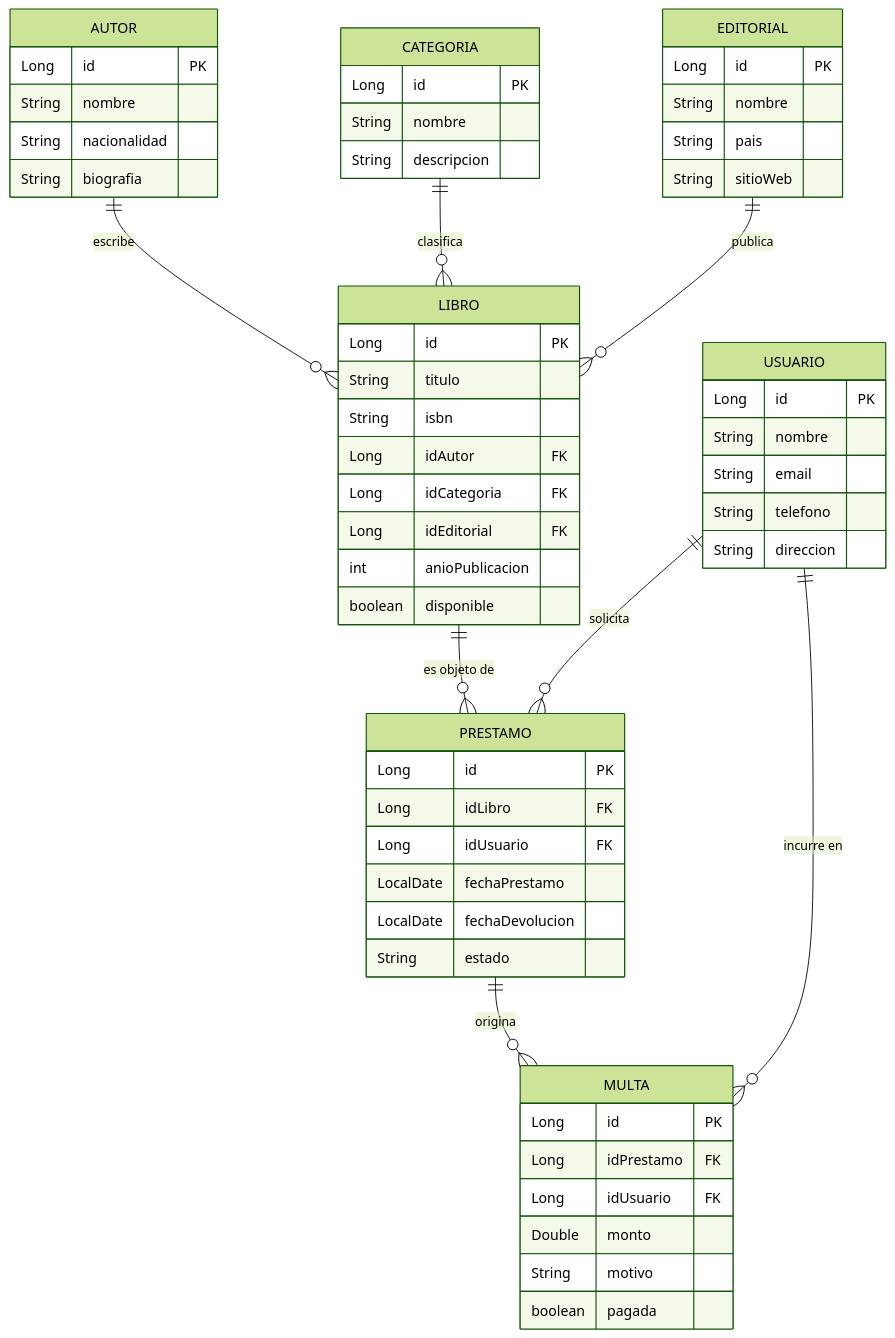
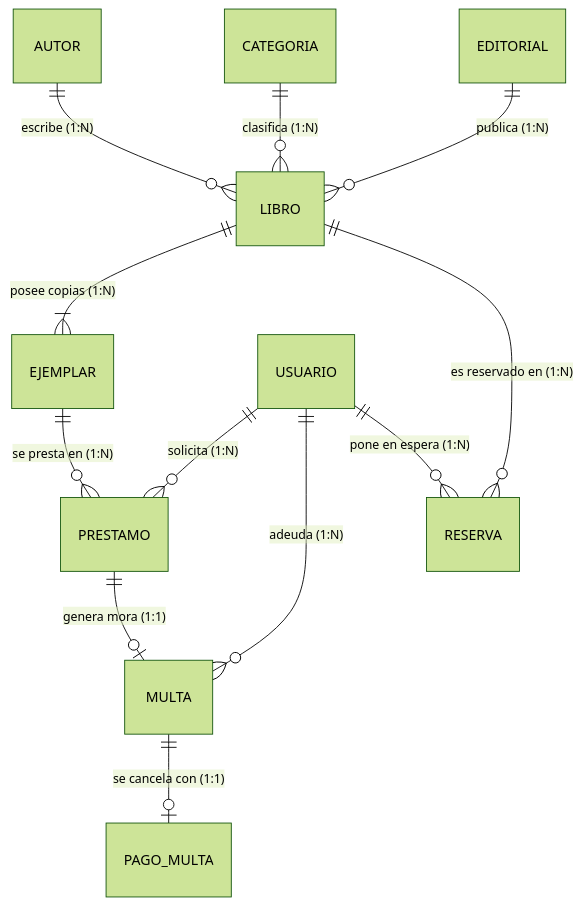
One commit to Jamesllm/proyecto-biblioteca changed the diagram in README.md. Above: the diagram before and after it, drawn with Mermaid (forest theme). The commit also changed other lines of this file and 1 other file, not shown here.

Commit message:
docs: actualizar README.md integral y crear WIKI.md con manual completo de arquitectura, base de datos y endpoints

````diff
--- a/README.md
+++ b/README.md
@@ -336,61 +121,17 @@
 ```mermaid
 erDiagram
-    AUTOR ||--o{ LIBRO : "escribe"
-    CATEGORIA ||--o{ LIBRO : "clasifica"
-    EDITORIAL ||--o{ LIBRO : "publica"
-    LIBRO ||--o{ PRESTAMO : "es objeto de"
-    USUARIO ||--o{ PRESTAMO : "solicita"
-    PRESTAMO ||--o{ MULTA : "origina"
-    USUARIO ||--o{ MULTA : "incurre en"
-
-    AUTOR {
-        Long id PK
-        String nombre
-        String nacionalidad
-        String biografia
-    }
-    CATEGORIA {
-        Long id PK
-        String nombre
-        String descripcion
-    }
-    EDITORIAL {
-        Long id PK
-        String nombre
-        String pais
-        String sitioWeb
-    }
-    LIBRO {
-        Long id PK
-        String titulo
-        String isbn
-        Long idAutor FK
-        Long idCategoria FK
-        Long idEditorial FK
-        int anioPublicacion
-        boolean disponible
-    }
-    USUARIO {
-        Long id PK
-        String nombre
-        String email
-        String telefono
-        String direccion
-    }
-    PRESTAMO {
-        Long id PK
-        Long idLibro FK
-        Long idUsuario FK
-        LocalDate fechaPrestamo
-        LocalDate fechaDevolucion
-        String estado
-    }
-    MULTA {
-        Long id PK
-        Long idPrestamo FK
-        Long idUsuario FK
-        Double monto
-        String motivo
-        boolean pagada
-    }
+    AUTOR ||--o{ LIBRO : "escribe (1:N)"
+    CATEGORIA ||--o{ LIBRO : "clasifica (1:N)"
+    EDITORIAL ||--o{ LIBRO : "publica (1:N)"
+    LIBRO ||--|{ EJEMPLAR : "posee copias (1:N)"
+    
+    USUARIO ||--o{ PRESTAMO : "solicita (1:N)"
+    EJEMPLAR ||--o{ PRESTAMO : "se presta en (1:N)"
+    
+    PRESTAMO ||--o| MULTA : "genera mora (1:1)"
+    USUARIO ||--o{ MULTA : "adeuda (1:N)"
+    MULTA ||--o| PAGO_MULTA : "se cancela con (1:1)"
+    
+    LIBRO ||--o{ RESERVA : "es reservado en (1:N)"
+    USUARIO ||--o{ RESERVA : "pone en espera (1:N)"
 ```
````
